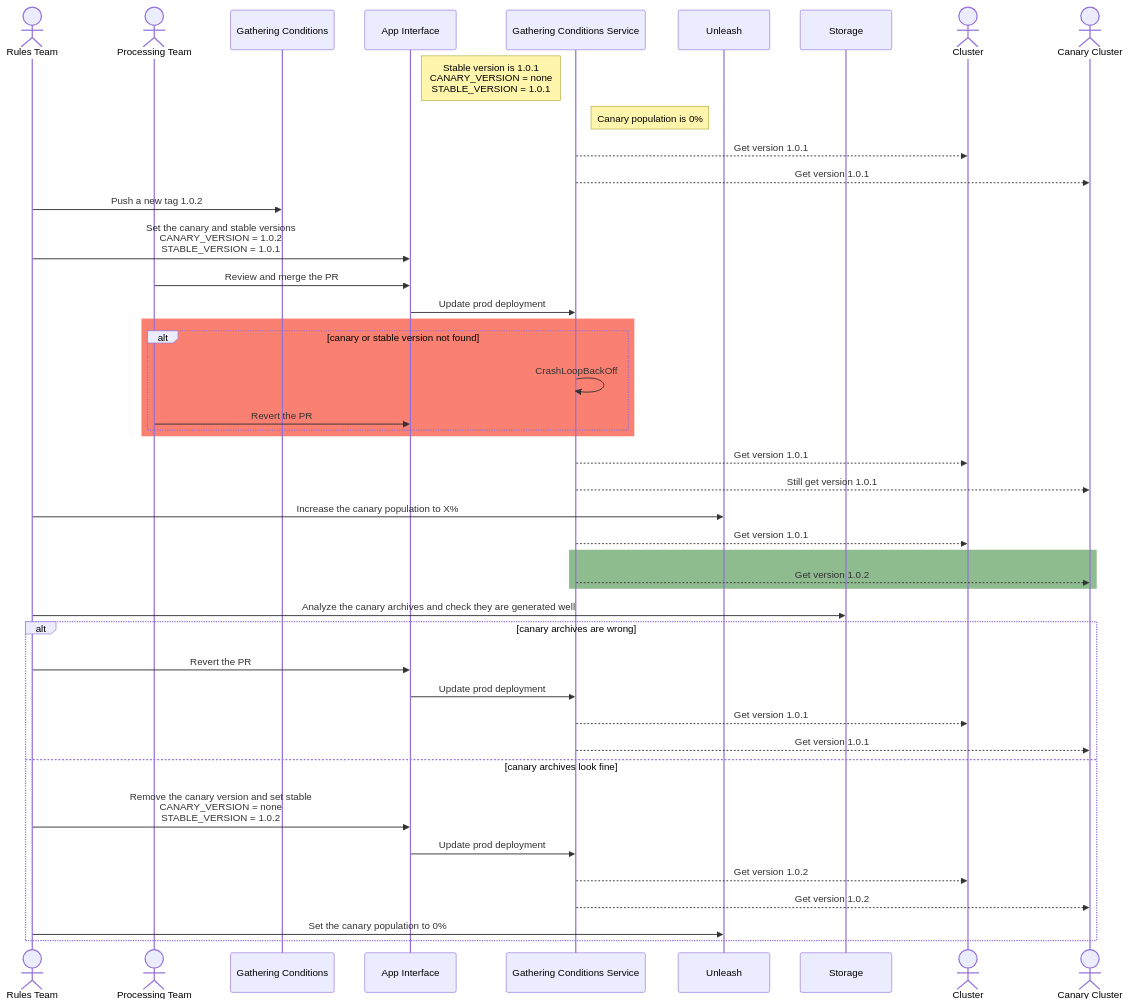
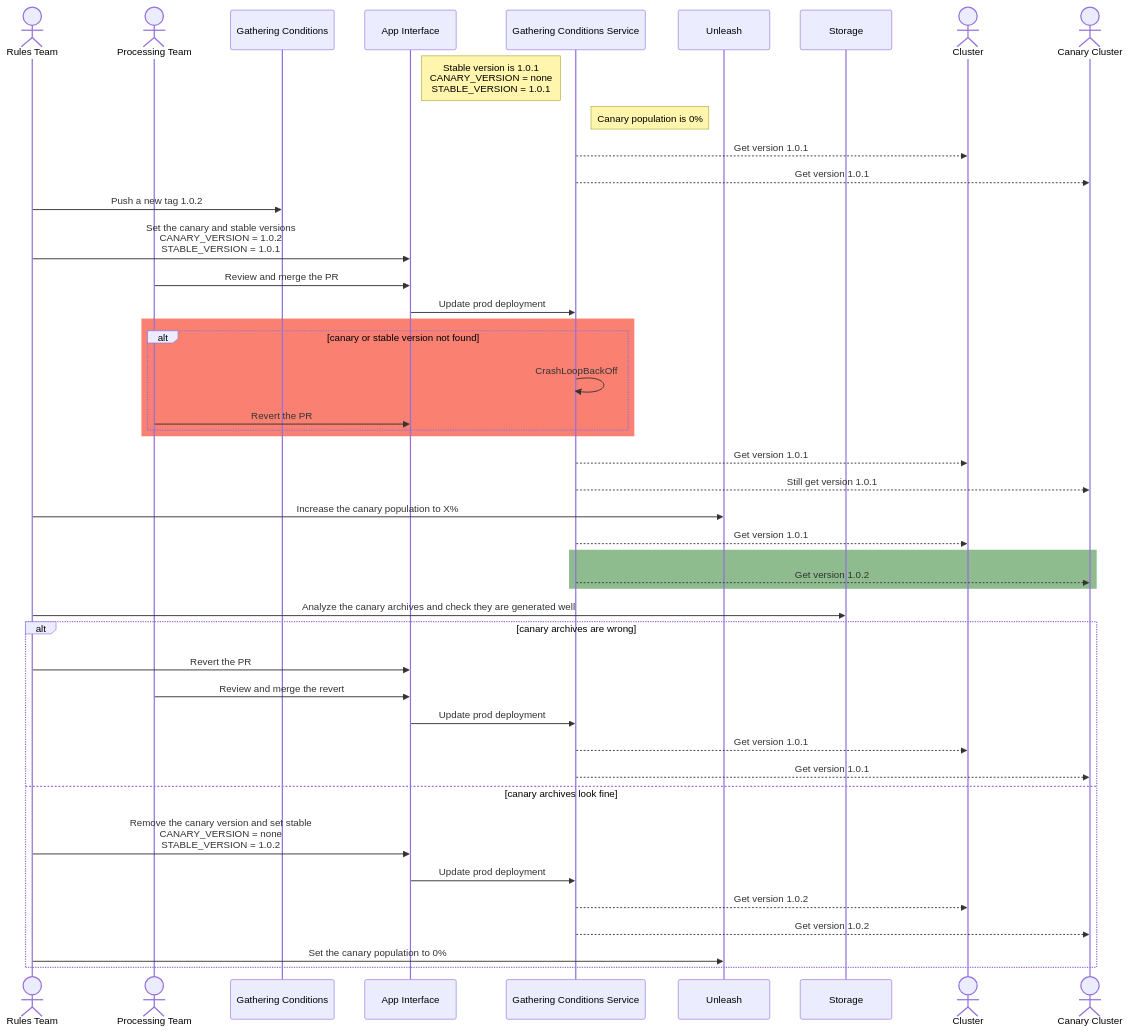
One commit to RedHatInsights/insights-operator-gathering-conditions-service changed the diagram in docs/canary_releases.md. Above: the diagram before and after it, drawn with Mermaid.

Commit message:
add missing step

````diff
--- a/docs/canary_releases.md
+++ b/docs/canary_releases.md
@@ -8,53 +8,54 @@
 ```mermaid
 sequenceDiagram
     actor RT as Rules Team
     actor PT as Processing Team
     participant GC as Gathering Conditions
     participant AI as App Interface
     participant GCS as Gathering Conditions Service
     participant Unleash
     participant Storage
     actor C as Cluster
     actor CC as Canary Cluster
 
     Note left of GCS: Stable version is 1.0.1<br/>CANARY_VERSION = none<br/>STABLE_VERSION = 1.0.1
     Note left of Unleash: Canary population is 0%
     GCS -->> C: Get version 1.0.1
     GCS -->> CC: Get version 1.0.1
 
     RT ->> GC: Push a new tag 1.0.2
     RT ->> AI: Set the canary and stable versions<br/>CANARY_VERSION = 1.0.2<br/>STABLE_VERSION = 1.0.1
     PT ->> AI: Review and merge the PR
     AI ->> GCS: Update prod deployment
     
     rect rgb(250,128,114)
         alt canary or stable version not found
             GCS ->> GCS: CrashLoopBackOff
             PT ->> AI: Revert the PR
         end
     end
 
     GCS -->> C: Get version 1.0.1
     GCS -->> CC: Still get version 1.0.1
 
     RT ->> Unleash: Increase the canary population to X%
     GCS -->> C: Get version 1.0.1
     rect rgb(143,188,143)
         GCS -->> CC: Get version 1.0.2
     end
     
     RT ->> Storage: Analyze the canary archives and check they are generated well
 
     alt canary archives are wrong
         RT ->> AI: Revert the PR
+        PT ->> AI: Review and merge the revert
         AI ->> GCS: Update prod deployment
         GCS -->> C: Get version 1.0.1
         GCS -->> CC: Get version 1.0.1
     else canary archives look fine
         RT ->> AI: Remove the canary version and set stable <br/>CANARY_VERSION = none<br/>STABLE_VERSION = 1.0.2
         AI ->> GCS: Update prod deployment
         GCS -->> C: Get version 1.0.2
         GCS -->> CC: Get version 1.0.2
         RT ->> Unleash: Set the canary population to 0%
     end
 ```
````
